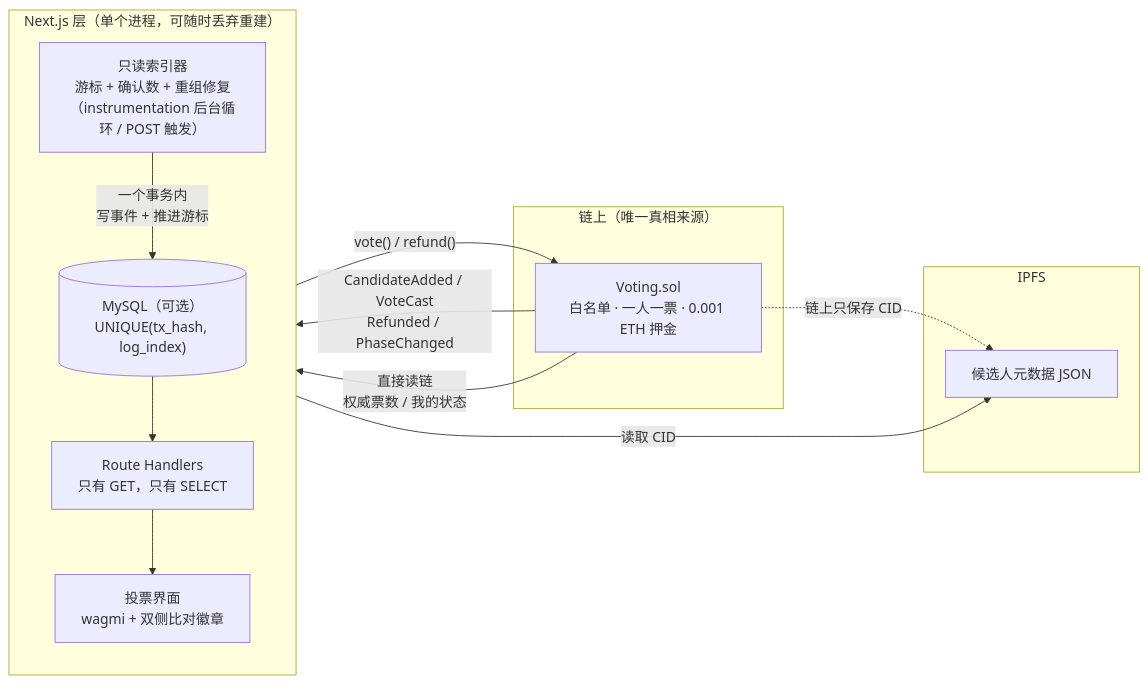
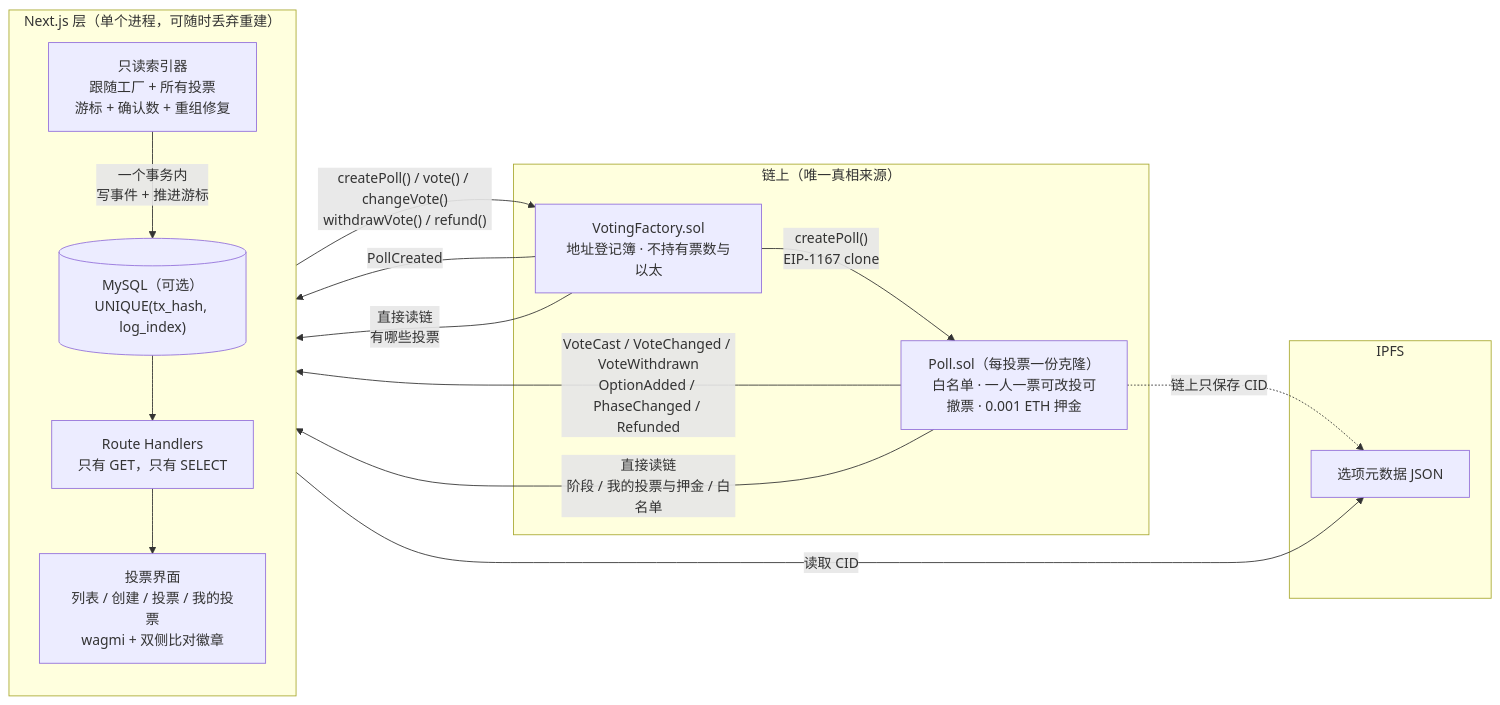
One commit to Zwh-1/decentralized-voting-dapp changed the diagram in README.md. Above: the diagram before and after it, drawn with Mermaid. The commit also changed other lines of this file and 131 other files, not shown here.

````diff
--- a/README.md
+++ b/README.md
@@ -32,27 +32,31 @@
 ```mermaid
 flowchart LR
     subgraph chain["链上（唯一真相来源）"]
-        V["Voting.sol<br/>白名单 · 一人一票 · 0.001 ETH 押金"]
+        F["VotingFactory.sol<br/>地址登记簿 · 不持有票数与以太"]
+        V["Poll.sol（每投票一份克隆）<br/>白名单 · 一人一票可改投可撤票 · 0.001 ETH 押金"]
+        F -- "createPoll()<br/>EIP-1167 clone" --> V
     end
 
     subgraph ipfs["IPFS"]
-        M["候选人元数据 JSON"]
+        M["选项元数据 JSON"]
     end
 
     subgraph app["Next.js 层（单个进程，可随时丢弃重建）"]
         direction TB
-        I["只读索引器<br/>游标 + 确认数 + 重组修复<br/>（instrumentation 后台循环 / POST 触发）"]
+        I["只读索引器<br/>跟随工厂 + 所有投票<br/>游标 + 确认数 + 重组修复"]
         DB[("MySQL（可选）<br/>UNIQUE(tx_hash, log_index)")]
         API["Route Handlers<br/>只有 GET，只有 SELECT"]
-        UI["投票界面<br/>wagmi + 双侧比对徽章"]
+        UI["投票界面<br/>列表 / 创建 / 投票 / 我的投票<br/>wagmi + 双侧比对徽章"]
         I -- "一个事务内<br/>写事件 + 推进游标" --> DB
         DB --> API
         API --> UI
     end
 
-    V -- "CandidateAdded / VoteCast<br/>Refunded / PhaseChanged" --> I
-    V -- "直接读链<br/>权威票数 / 我的状态" --> UI
-    UI -- "vote() / refund()" --> V
+    F -- "PollCreated" --> I
+    V -- "VoteCast / VoteChanged / VoteWithdrawn<br/>OptionAdded / PhaseChanged / Refunded" --> I
+    F -- "直接读链<br/>有哪些投票" --> UI
+    V -- "直接读链<br/>阶段 / 我的投票与押金 / 白名单" --> UI
+    UI -- "createPoll() / vote() / changeVote()<br/>withdrawVote() / refund()" --> F
     UI -- "读取 CID" --> M
     V -. "链上只保存 CID" .-> M
 ```
````
